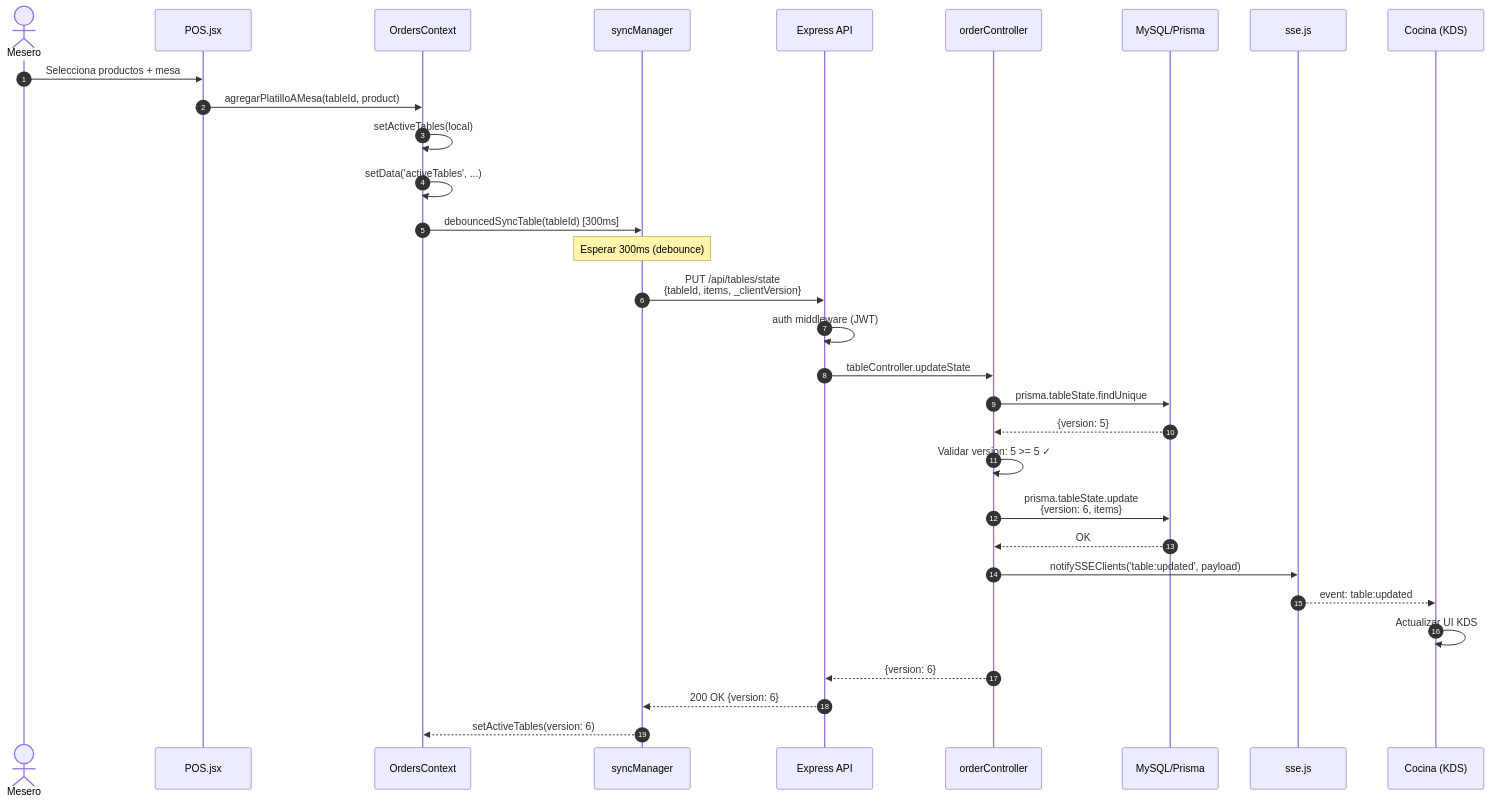
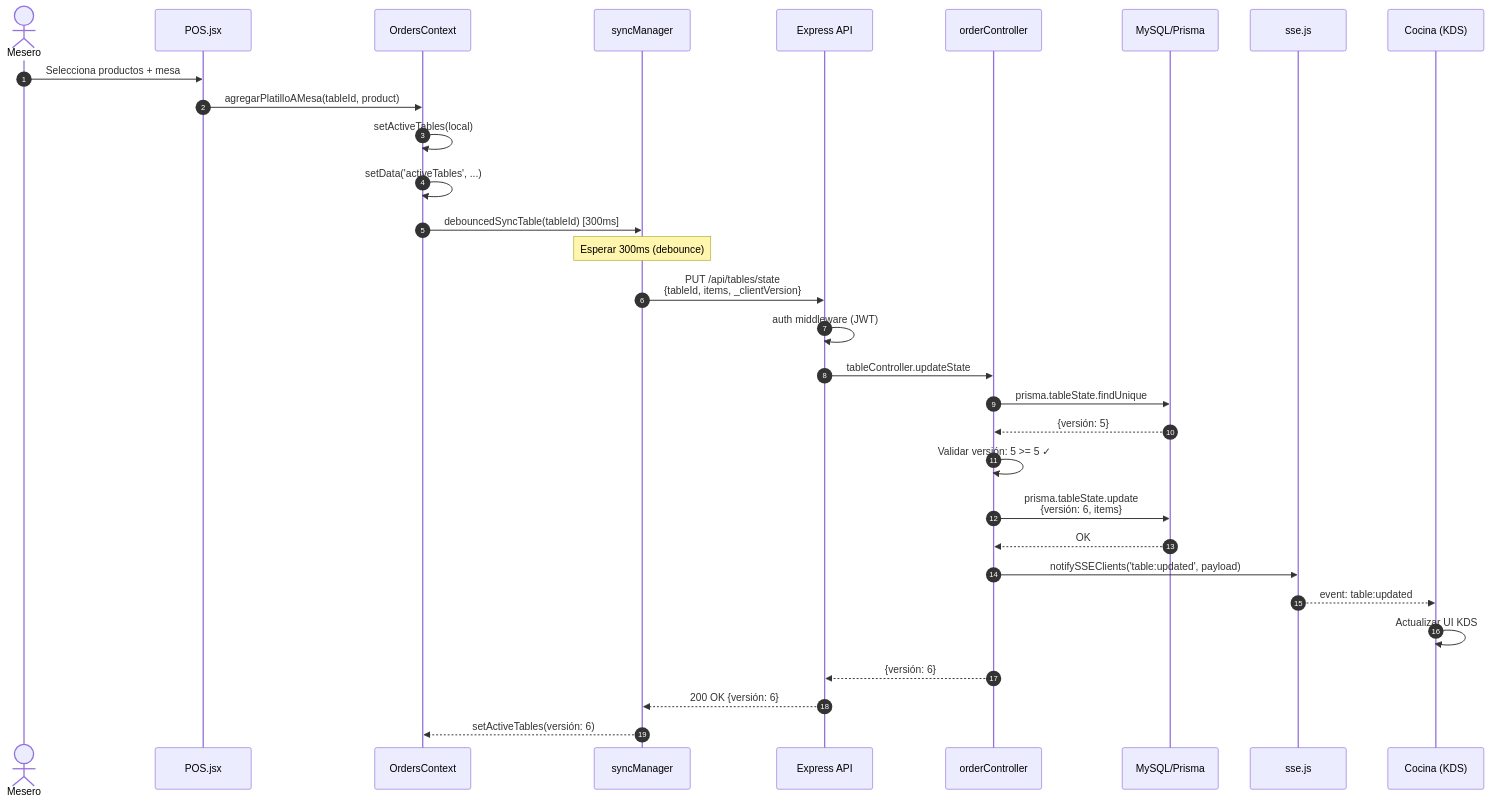
One commit to Yefer-Betta/2Arbolitos changed the third of 9 diagrams in docs/05-DIAGRAMAS-UML.md. Above: the diagram before and after it, drawn with Mermaid. The commit also changed other lines of this file and 13 other files, not shown here.

````diff
--- a/docs/05-DIAGRAMAS-UML.md
+++ b/docs/05-DIAGRAMAS-UML.md
@@ -246,37 +246,37 @@
 ```mermaid
 sequenceDiagram
     autonumber
     actor M as Mesero
     participant UI as POS.jsx
     participant Ctx as OrdersContext
     participant Sync as syncManager
     participant API as Express API
     participant Ctrl as orderController
     participant DB as MySQL/Prisma
     participant SSE as sse.js
     participant K as Cocina (KDS)
 
     M->>UI: Selecciona productos + mesa
     UI->>Ctx: agregarPlatilloAMesa(tableId, product)
     Ctx->>Ctx: setActiveTables(local)
     Ctx->>Ctx: setData('activeTables', ...)
     Ctx->>Sync: debouncedSyncTable(tableId)  [300ms]
     
     Note over Sync: Esperar 300ms (debounce)
     
     Sync->>API: PUT /api/tables/state<br/>{tableId, items, _clientVersion}
     API->>API: auth middleware (JWT)
     API->>Ctrl: tableController.updateState
     Ctrl->>DB: prisma.tableState.findUnique
-    DB-->>Ctrl: {version: 5}
-    Ctrl->>Ctrl: Validar version: 5 >= 5 ✓
-    Ctrl->>DB: prisma.tableState.update<br/>{version: 6, items}
+    DB-->>Ctrl: {versión: 5}
+    Ctrl->>Ctrl: Validar versión: 5 >= 5 ✓
+    Ctrl->>DB: prisma.tableState.update<br/>{versión: 6, items}
     DB-->>Ctrl: OK
     Ctrl->>SSE: notifySSEClients('table:updated', payload)
     SSE-->>K: event: table:updated
     K->>K: Actualizar UI KDS
     
-    Ctrl-->>API: {version: 6}
-    API-->>Sync: 200 OK {version: 6}
-    Sync-->>Ctx: setActiveTables(version: 6)
+    Ctrl-->>API: {versión: 6}
+    API-->>Sync: 200 OK {versión: 6}
+    Sync-->>Ctx: setActiveTables(versión: 6)
 ```
````
